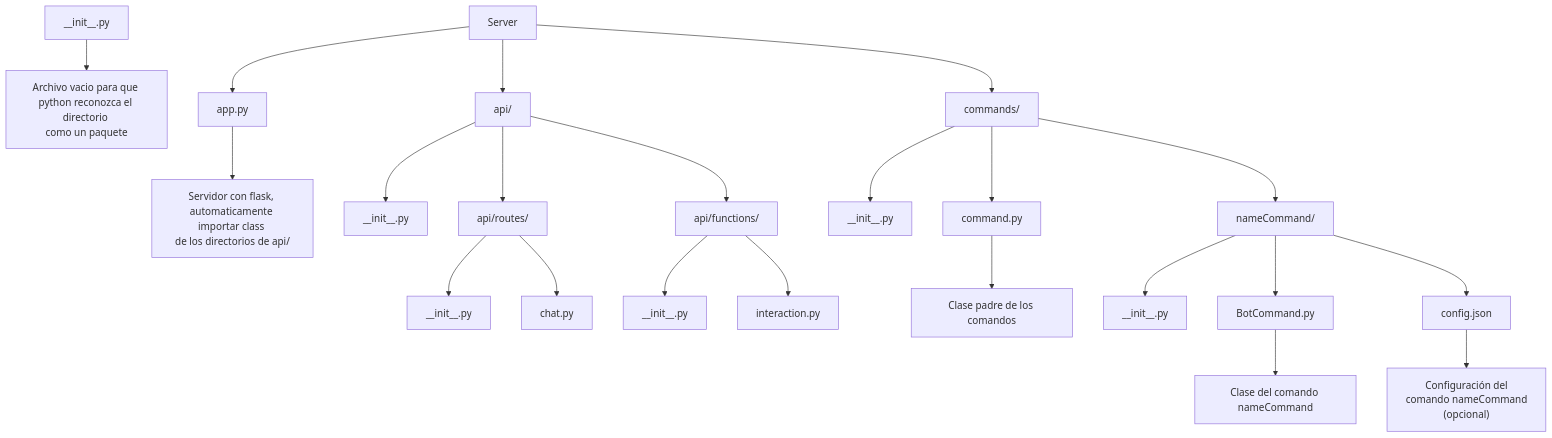
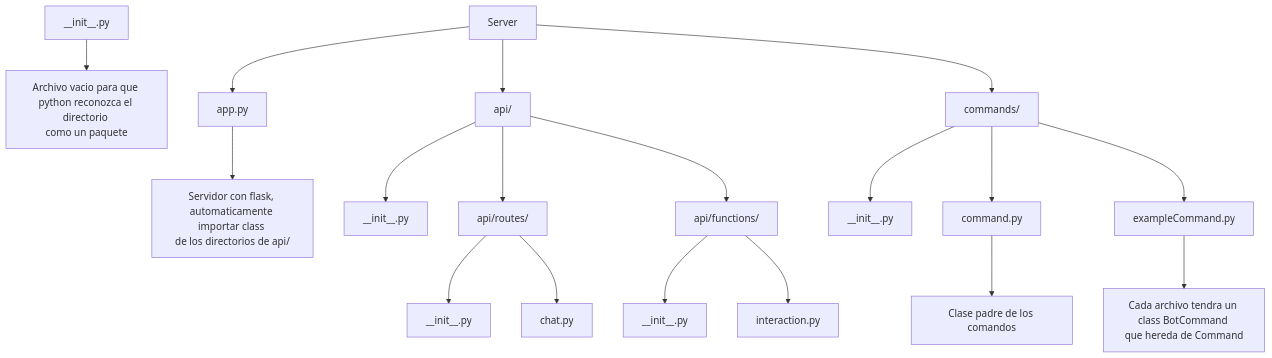
Before and after one commit to Just253/Levus: the fourth of 5 diagrams in diagram/mermaid.md, drawn with Mermaid. The commit also changed other lines of this file and 6 other files, not shown here.

````diff
--- a/diagram/mermaid.md
+++ b/diagram/mermaid.md
@@ -66,61 +66,51 @@
 ```mermaid
 graph TD
     __init__.py --> __init__.pyDescripcion["Archivo vacio para que \npython reconozca el directorio \ncomo un paquete"]
     Server
     app.py
     app.pyDescripcion["Servidor con flask, \nautomaticamente importar class \nde los directorios de api/"]
     api/
     api/__init__.py["__init__.py"]
     
     api/routes/
     api/routes/__init__.py["__init__.py"]
     api/routes/chat.py["chat.py"]
 
     api/functions/
     api/functions/__init__.py["__init__.py"]
     api/functions/interaction.py["interaction.py"]
 
 
 
 
     commands/
     commands/__init__.py["__init__.py"]
     commands/command.py["command.py"]
     commands/command.pyDescripcion["Clase padre de los comandos"]
-    nameCommand/
-    nameCommand/__init__.py["__init__.py"]
-    nameCommand/command.py["BotCommand.py"]
-    nameCommand/command.pyDescripcion["Clase del comando nameCommand"]
-    nameCommand/config.json["config.json"]
-    nameCommand/config.jsonDescripcion["Configuración del \ncomando nameCommand \n(opcional)"]
+    exampleCommand.py["exampleCommand.py"]
+    exampleCommand.py.Descripcion["Cada archivo tendra un class BotCommand \nque hereda de Command"]
     
     Server --> app.py
     app.py --> app.pyDescripcion
     Server --> api/
     api/ --> api/__init__.py
 
     Server --> commands/
     commands/ --> commands/__init__.py
     
     commands/ --> commands/command.py
     commands/command.py --> commands/command.pyDescripcion
-    commands/ --> nameCommand/
-    
-    nameCommand/ --> nameCommand/__init__.py
+    commands/ --> exampleCommand.py
 
-    nameCommand/ --> nameCommand/command.py
-    nameCommand/command.py --> nameCommand/command.pyDescripcion
-
-    nameCommand/ --> nameCommand/config.json
-    nameCommand/config.json --> nameCommand/config.jsonDescripcion
+    exampleCommand.py --> exampleCommand.py.Descripcion
 
 
     api/ --> api/routes/
     api/routes/ --> api/routes/__init__.py
     api/routes/ --> api/routes/chat.py
      
     api/ --> api/functions/
     api/functions/ --> api/functions/__init__.py
     api/functions/ --> api/functions/interaction.py
     
 ```
````
